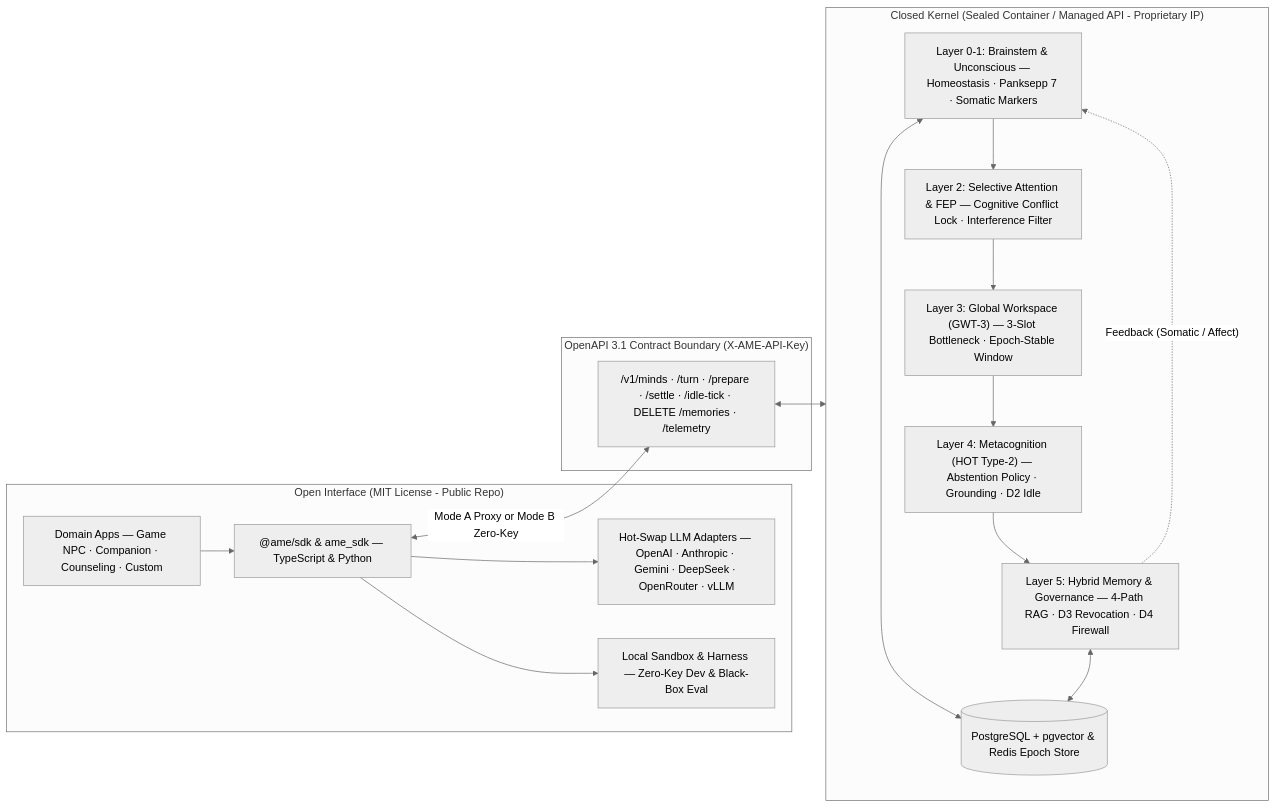
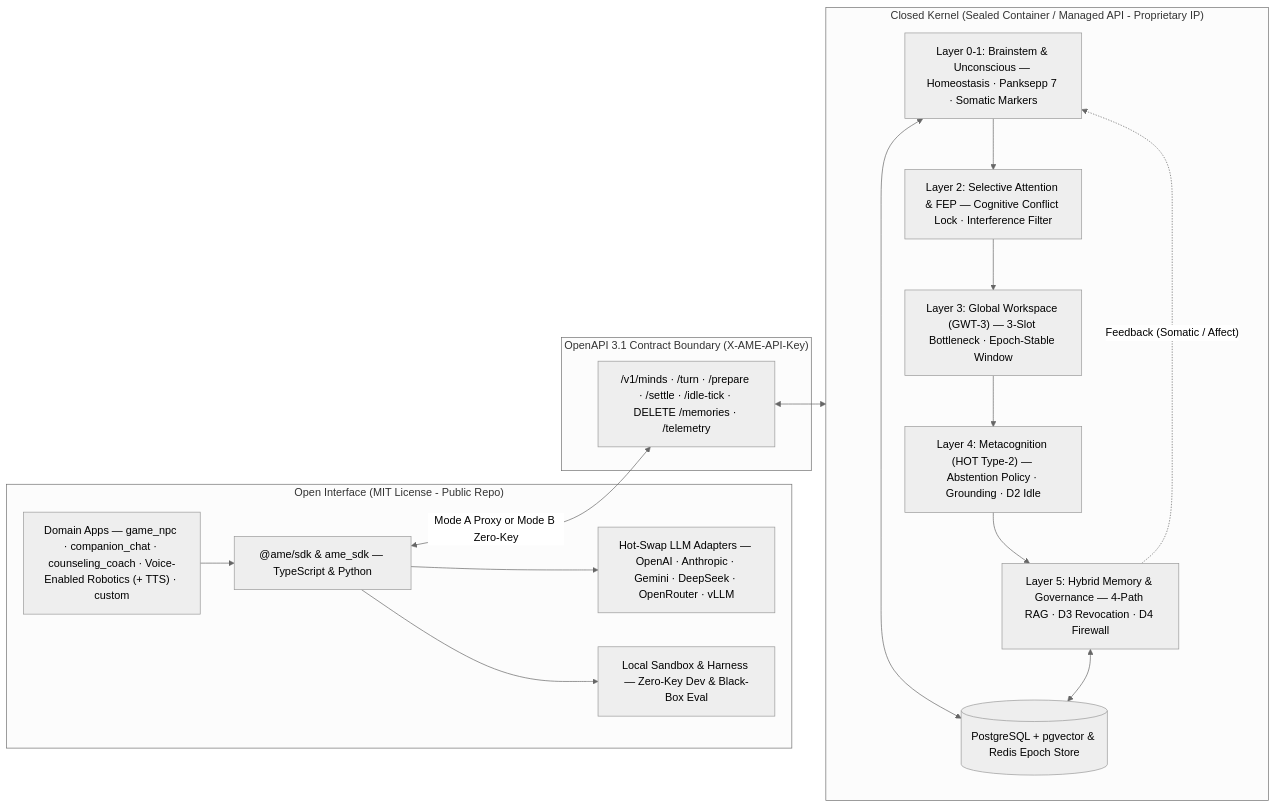
One commit to bearrhee/artificial-mind-engine changed the first of 2 diagrams in docs/architecture.md. Above: the diagram before and after it, drawn with Mermaid (neutral theme). The commit also changed other lines of this file and 7 other files, not shown here.

Commit message:
docs: present final v4.0 multi-benchmark results and expand why/applications with voice robotics

````diff
--- a/docs/architecture.md
+++ b/docs/architecture.md
@@ -17,33 +17,33 @@
 ```mermaid
 flowchart LR
   subgraph OPEN["Open Interface (MIT License - Public Repo)"]
-    APP["Domain Apps — Game NPC · Companion · Counseling · Custom"]
+    APP["Domain Apps — game_npc · companion_chat · counseling_coach · Voice-Enabled Robotics (+ TTS) · custom"]
     SDK["@ame/sdk & ame_sdk — TypeScript & Python"]
     ADP["Hot-Swap LLM Adapters — OpenAI · Anthropic · Gemini · DeepSeek · OpenRouter · vLLM"]
     SBX["Local Sandbox & Harness — Zero-Key Dev & Black-Box Eval"]
     APP --> SDK
     SDK --> ADP
     SDK --> SBX
   end
 
   subgraph GATE["OpenAPI 3.1 Contract Boundary (X-AME-API-Key)"]
     API["/v1/minds · /turn · /prepare · /settle · /idle-tick · DELETE /memories · /telemetry"]
   end
 
   subgraph CLOSED["Closed Kernel (Sealed Container / Managed API - Proprietary IP)"]
     L01["Layer 0-1: Brainstem & Unconscious — Homeostasis · Panksepp 7 · Somatic Markers"]
     L2["Layer 2: Selective Attention & FEP — Cognitive Conflict Lock · Interference Filter"]
     L3["Layer 3: Global Workspace (GWT-3) — 3-Slot Bottleneck · Epoch-Stable Window"]
     L4["Layer 4: Metacognition (HOT Type-2) — Abstention Policy · Grounding · D2 Idle"]
     L5["Layer 5: Hybrid Memory & Governance — 4-Path RAG · D3 Revocation · D4 Firewall"]
     PERSIST[("PostgreSQL + pgvector & Redis Epoch Store")]
 
     L01 --> L2 --> L3 --> L4 --> L5
     L5 -. "Feedback (Somatic / Affect)" .-> L01
     L01 <--> PERSIST
     L5 <--> PERSIST
   end
 
   SDK <-->|"Mode A Proxy or Mode B Zero-Key"| API
   API <--> CLOSED
 ```
````
